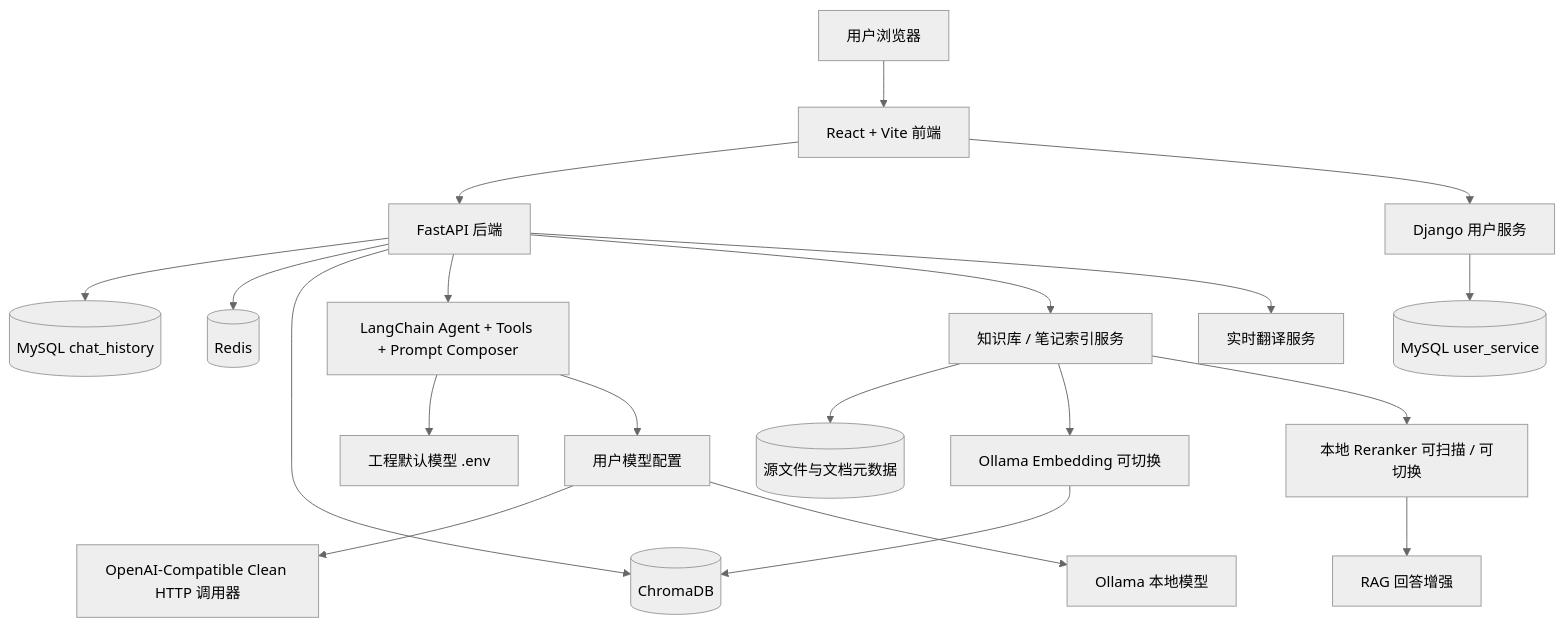
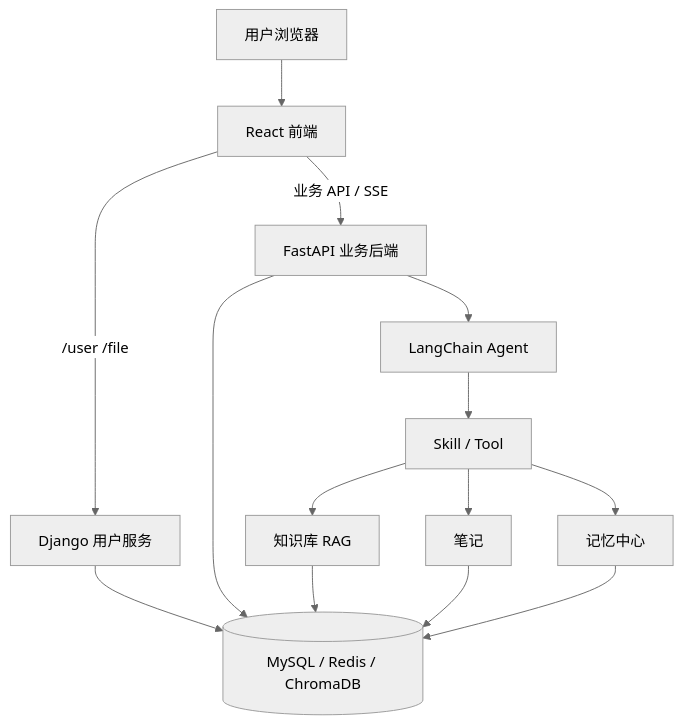
Before and after one commit to STliuEN/Doki-Assistant: the diagram in README.md, drawn with Mermaid (neutral theme). The commit also changed other lines of this file and 13 other files, not shown here.

````diff
--- a/README.md
+++ b/README.md
@@ -87,22 +78,18 @@
 ```mermaid
 flowchart TD
-  U[用户浏览器] --> F[React + Vite 前端]
-  F --> B[FastAPI 后端]
-  F --> D[Django 用户服务]
-  D --> UserDB[(MySQL user_service)]
-  B --> AppDB[(MySQL chat_history)]
-  B --> Redis[(Redis)]
-  B --> Chroma[(ChromaDB)]
-  B --> Agent[LangChain Agent + Tools + Prompt Composer]
-  B --> Knowledge[知识库 / 笔记索引服务]
-  B --> Translate[实时翻译服务]
-  Agent --> DefaultLLM[工程默认模型 .env]
-  Agent --> UserLLM[用户模型配置]
-  UserLLM --> CleanOpenAI[OpenAI-Compatible Clean HTTP 调用器]
-  UserLLM --> Ollama[Ollama 本地模型]
-  Knowledge --> SourceFiles[(源文件与文档元数据)]
-  Knowledge --> Embedding[Ollama Embedding 可切换]
-  Knowledge --> Reranker[本地 Reranker 可扫描 / 可切换]
-  Embedding --> Chroma
-  Reranker --> RagAnswer[RAG 回答增强]
+  U[用户浏览器] --> F[React 前端]
+  F -->|/user /file| D[Django 用户服务]
+  F -->|业务 API / SSE| B[FastAPI 业务后端]
+
+  B --> Agent[LangChain Agent]
+  Agent --> Tools[Skill / Tool]
+  Tools --> Knowledge[知识库 RAG]
+  Tools --> Notes[笔记]
+  Tools --> Memory[记忆中心]
+
+  D --> Store[(MySQL / Redis / ChromaDB)]
+  B --> Store
+  Knowledge --> Store
+  Notes --> Store
+  Memory --> Store
 ```
````
